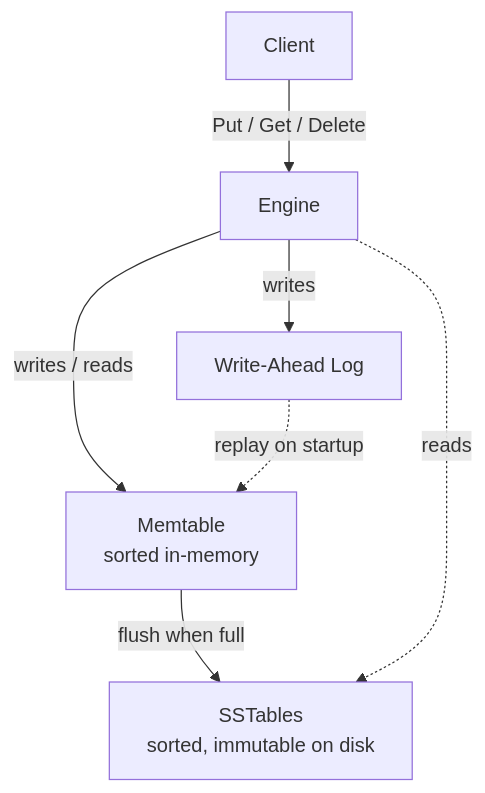
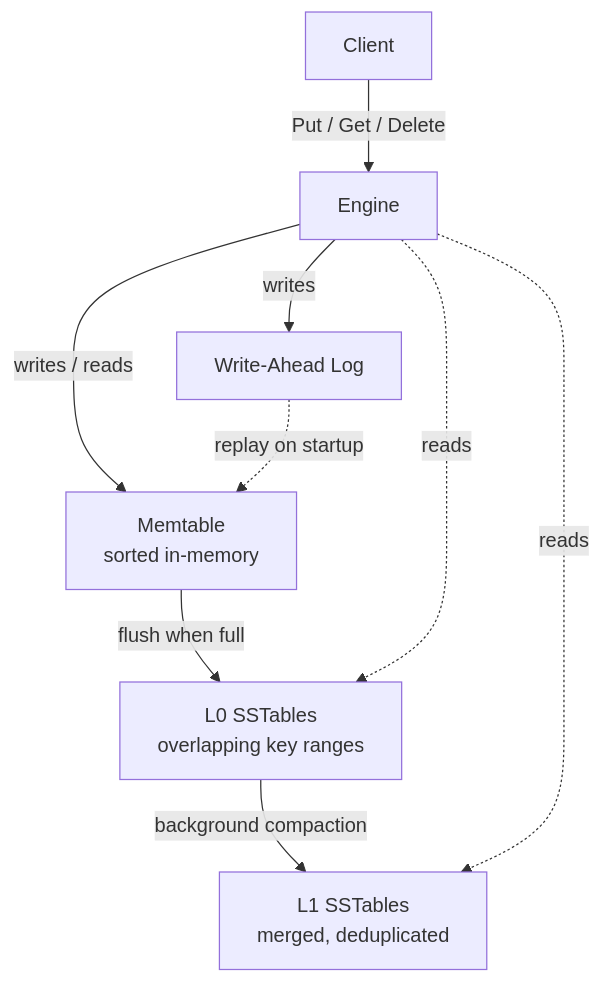
One commit to IsaacCheng9/kv-engine changed the diagram in README.md. Above: the diagram before and after it, drawn with Mermaid. The commit also changed other lines of this file, not shown here.

Commit message:
fix: Update README to reflect levelled compaction changes (#19)

````diff
--- a/README.md
+++ b/README.md
@@ -27,9 +28,11 @@
 ```mermaid
 flowchart TD
     client[Client] -->|Put / Get / Delete| engine[Engine]
     engine -->|writes| wal[Write-Ahead Log]
     engine -->|writes / reads| memtable[Memtable<br/>sorted in-memory]
-    memtable -->|flush when full| sstables[SSTables<br/>sorted, immutable on disk]
-    engine -.reads.-> sstables
+    memtable -->|flush when full| l0[L0 SSTables<br/>overlapping key ranges]
+    l0 -->|background compaction| l1[L1 SSTables<br/>merged, deduplicated]
+    engine -.reads.-> l0
+    engine -.reads.-> l1
     wal -.replay on startup.-> memtable
 ```
````
